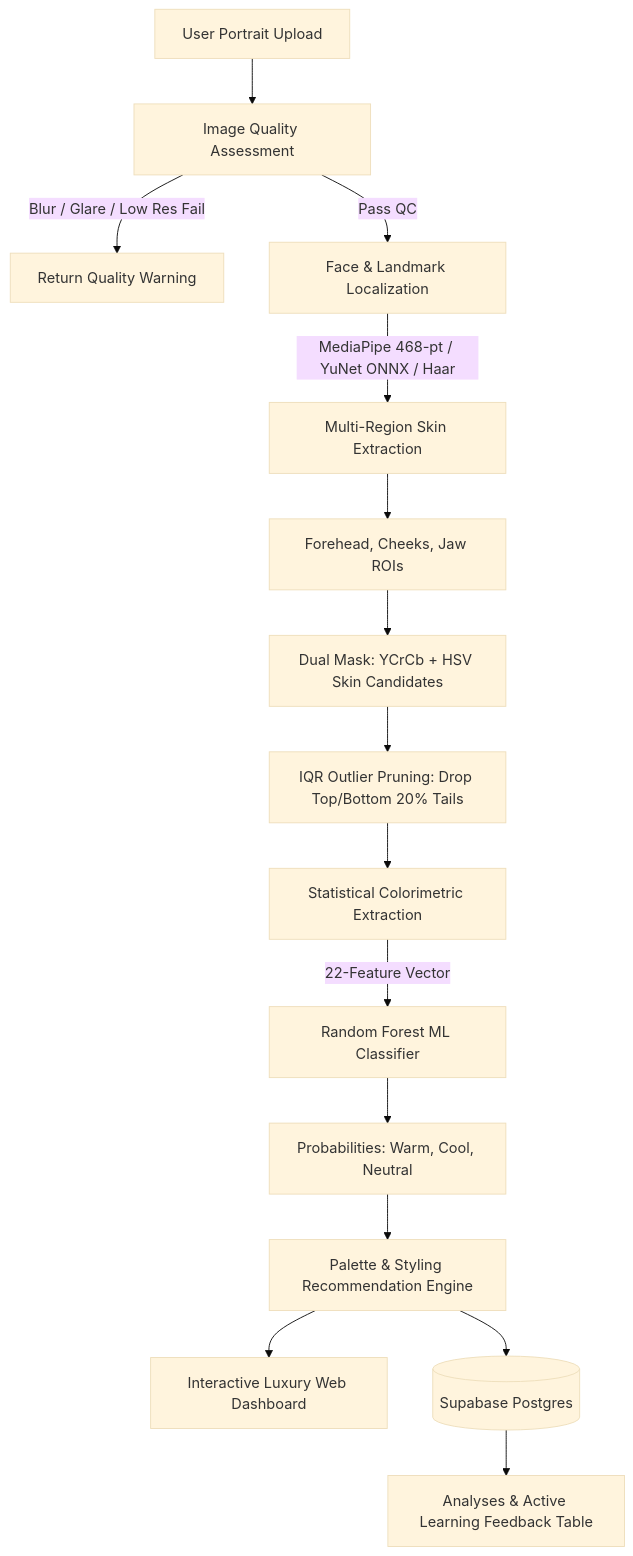
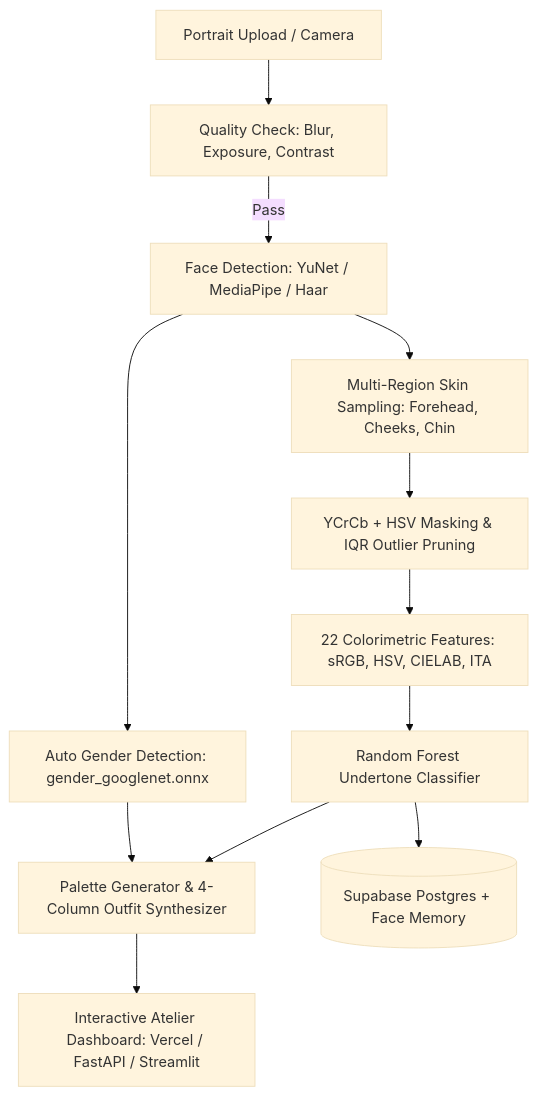
Before and after one commit to sakshamkatoch545-dev/otterlook: the diagram in README.md, drawn with Mermaid (base theme). The commit also changed other lines of this file and 2 other files, not shown here.

Commit message:
Docs: recreate README with updated architecture, auto-gender detection, and Vercel/Streamlit setup

````diff
--- a/README.md
+++ b/README.md
@@ -52,17 +31,13 @@
 ```mermaid
 flowchart TD
-    A[User Portrait Upload] --> B[Image Quality Assessment]
-    B -->|Blur / Glare / Low Res Fail| B1[Return Quality Warning]
-    B -->|Pass QC| C[Face & Landmark Localization]
-    C -->|MediaPipe 468-pt / YuNet ONNX / Haar| D[Multi-Region Skin Extraction]
-    D --> E[Forehead, Cheeks, Jaw ROIs]
-    E --> F[Dual Mask: YCrCb + HSV Skin Candidates]
-    F --> G[IQR Outlier Pruning: Drop Top/Bottom 20% Tails]
-    G --> H[Statistical Colorimetric Extraction]
-    H -->|22-Feature Vector| I[Random Forest ML Classifier]
-    I --> J[Probabilities: Warm, Cool, Neutral]
-    J --> K[Palette & Styling Recommendation Engine]
-    K --> L1[Interactive Luxury Web Dashboard]
-    K --> L2[(Supabase Postgres)]
-    L2 --> M[Analyses & Active Learning Feedback Table]
+    A[Portrait Upload / Camera] --> B[Quality Check: Blur, Exposure, Contrast]
+    B -->|Pass| C[Face Detection: YuNet / MediaPipe / Haar]
+    C --> D[Auto Gender Detection: gender_googlenet.onnx]
+    C --> E[Multi-Region Skin Sampling: Forehead, Cheeks, Chin]
+    E --> F[YCrCb + HSV Masking & IQR Outlier Pruning]
+    F --> G[22 Colorimetric Features: sRGB, HSV, CIELAB, ITA]
+    G --> H[Random Forest Undertone Classifier]
+    D & H --> I[Palette Generator & 4-Column Outfit Synthesizer]
+    I --> J[Interactive Atelier Dashboard: Vercel / FastAPI / Streamlit]
+    H --> K[(Supabase Postgres + Face Memory)]
 ```
````
